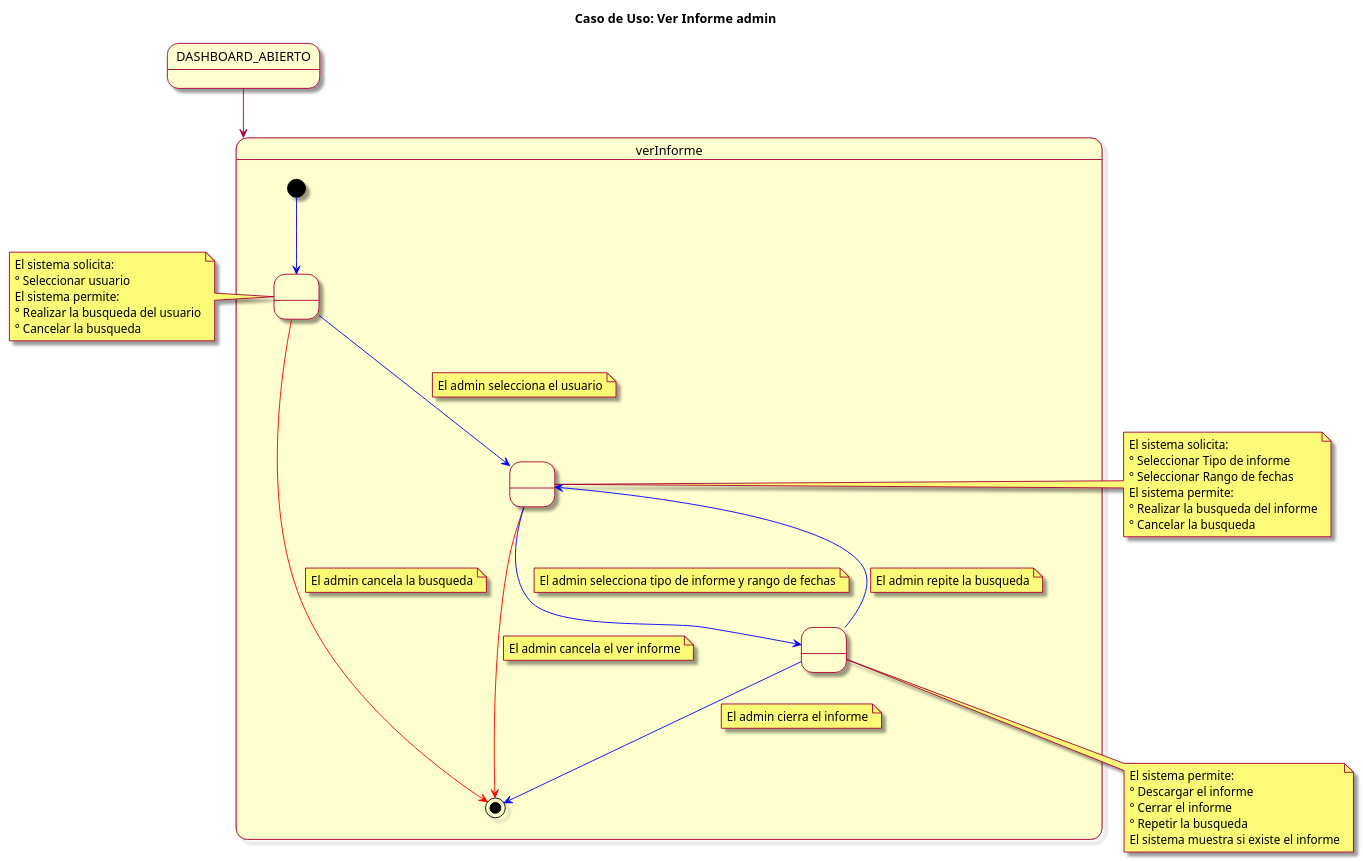
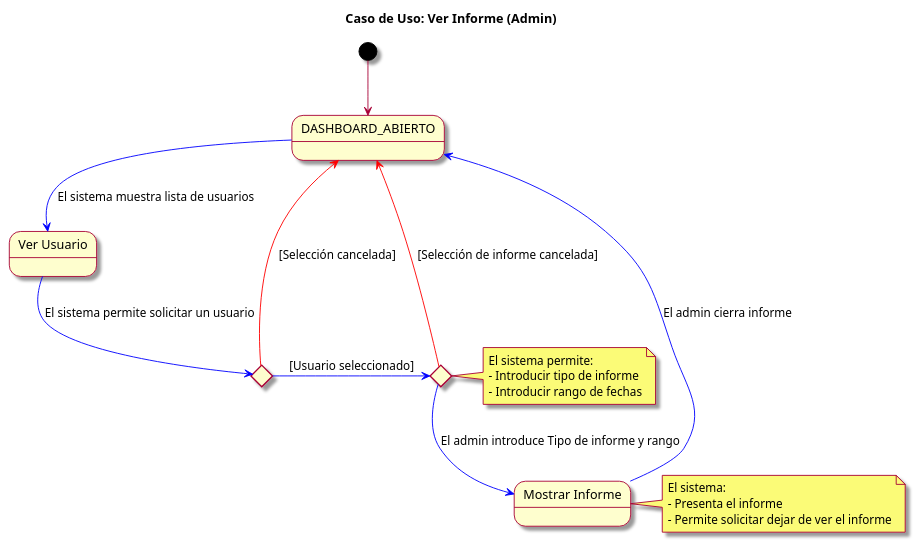
One commit to mmasias/23-24-IdSw1-SDR changed the diagram in modelosUML/casosDeUso/detalles/verInformeAdmin.puml. Above: the diagram before and after it, drawn with PlantUML.

```diff
--- a/modelosUML/casosDeUso/detalles/verInformeAdmin.puml
+++ b/modelosUML/casosDeUso/detalles/verInformeAdmin.puml
@@ -1,55 +1,32 @@
-@startuml descripción CDU informe
+@startuml
+skin rose
+title Caso de Uso: Ver Informe (Admin)
 
-skin rose
-title Caso de Uso: Ver Informe admin
+state DASHBOARD_ABIERTO as "DASHBOARD_ABIERTO"
+state ListaUsuarios as "Ver Usuario"
+state SeleccionarUsuario <<choice>>
+state TipoInforme <<choice>>
+state MostrarInforme as "Mostrar Informe"
 
-state DASHBOARD_ABIERTO
+[*] -d-> DASHBOARD_ABIERTO
+DASHBOARD_ABIERTO -d[#blue]-> ListaUsuarios : El sistema muestra lista de usuarios
+ListaUsuarios -d[#blue]-> SeleccionarUsuario : El sistema permite solicitar un usuario
+SeleccionarUsuario -r[#blue]-> TipoInforme : [Usuario seleccionado]
+TipoInforme -d[#blue]-> MostrarInforme : El admin introduce Tipo de informe y rango
+SeleccionarUsuario -l[#red]-> DASHBOARD_ABIERTO : [Selección cancelada]
+TipoInforme -l[#red]-> DASHBOARD_ABIERTO : [Selección de informe cancelada]
+MostrarInforme -d[#blue]-> DASHBOARD_ABIERTO : El admin cierra informe
 
-DASHBOARD_ABIERTO --> verInforme
-
-state verInforme {
-  [*] -[#blue]-> seleccionarUsuario
-  state " " as seleccionarUsuario
-  seleccionarUsuario -[#blue]-> tipoInforme
-  note on link: El admin selecciona el usuario
-  seleccionarUsuario -[#red]-> [*]
-  note on link: El admin cancela la busqueda
-
-  state " " as tipoInforme
-  tipoInforme -[#red]-> [*]
-  note on link: El admin cancela el ver informe
-  tipoInforme -[#blue]-> mostrarInforme
-  note on link: El admin selecciona tipo de informe y rango de fechas
-
-  state " " as mostrarInforme
-  mostrarInforme  -[#blue]-> [*]
-  note on link: El admin cierra el informe
-  mostrarInforme -[#blue]-> tipoInforme 
-  note on link: El admin repite la busqueda
-}
-
-note left of seleccionarUsuario
-  El sistema solicita:
-  ° Seleccionar usuario
+note right of TipoInforme
   El sistema permite:
-  ° Realizar la busqueda del usuario
-  ° Cancelar la busqueda
+  - Introducir tipo de informe
+  - Introducir rango de fechas
 end note
 
-note bottom of mostrarInforme
-  El sistema permite:
-  ° Descargar el informe
-  ° Cerrar el informe
-  ° Repetir la busqueda
-  El sistema muestra si existe el informe
+note right of MostrarInforme
+  El sistema:
+  - Presenta el informe
+  - Permite solicitar dejar de ver el informe
 end note
 
-note left of tipoInforme
-  El sistema solicita:
-  ° Seleccionar Tipo de informe
-  ° Seleccionar Rango de fechas
-  El sistema permite:
-  ° Realizar la busqueda del informe
-  ° Cancelar la busqueda
-end note
 @enduml
```
